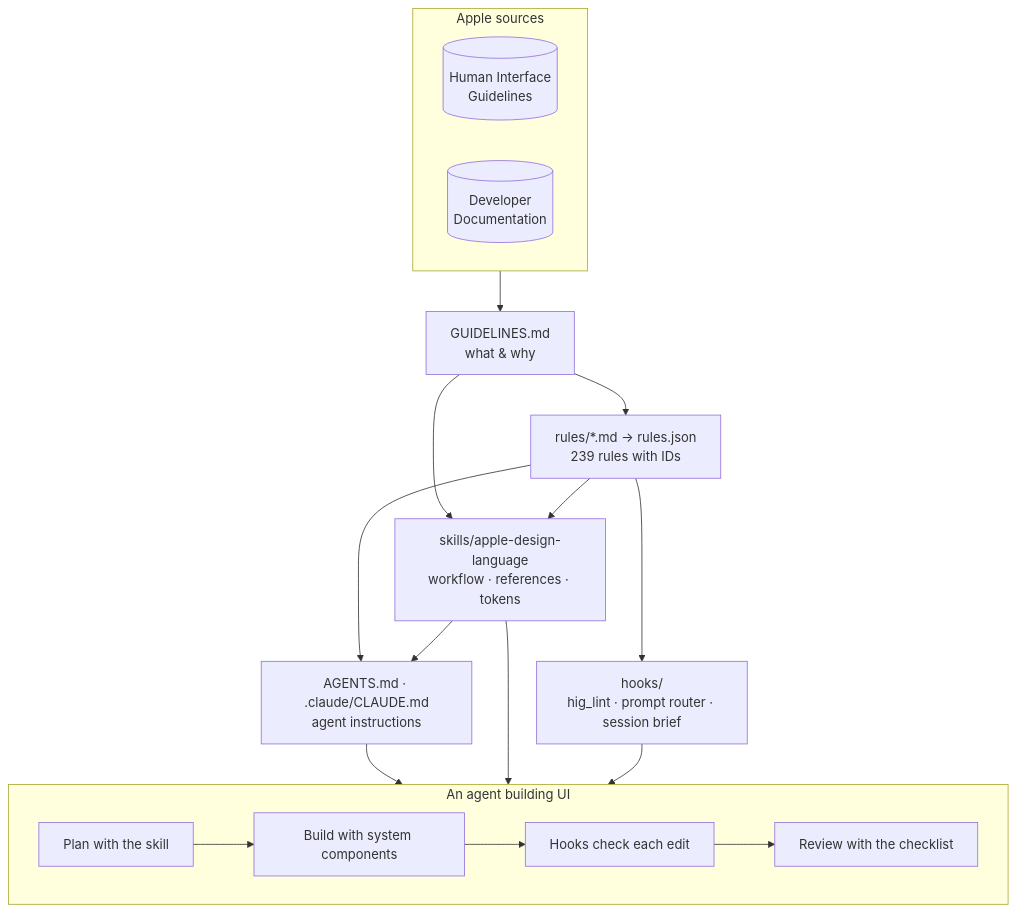
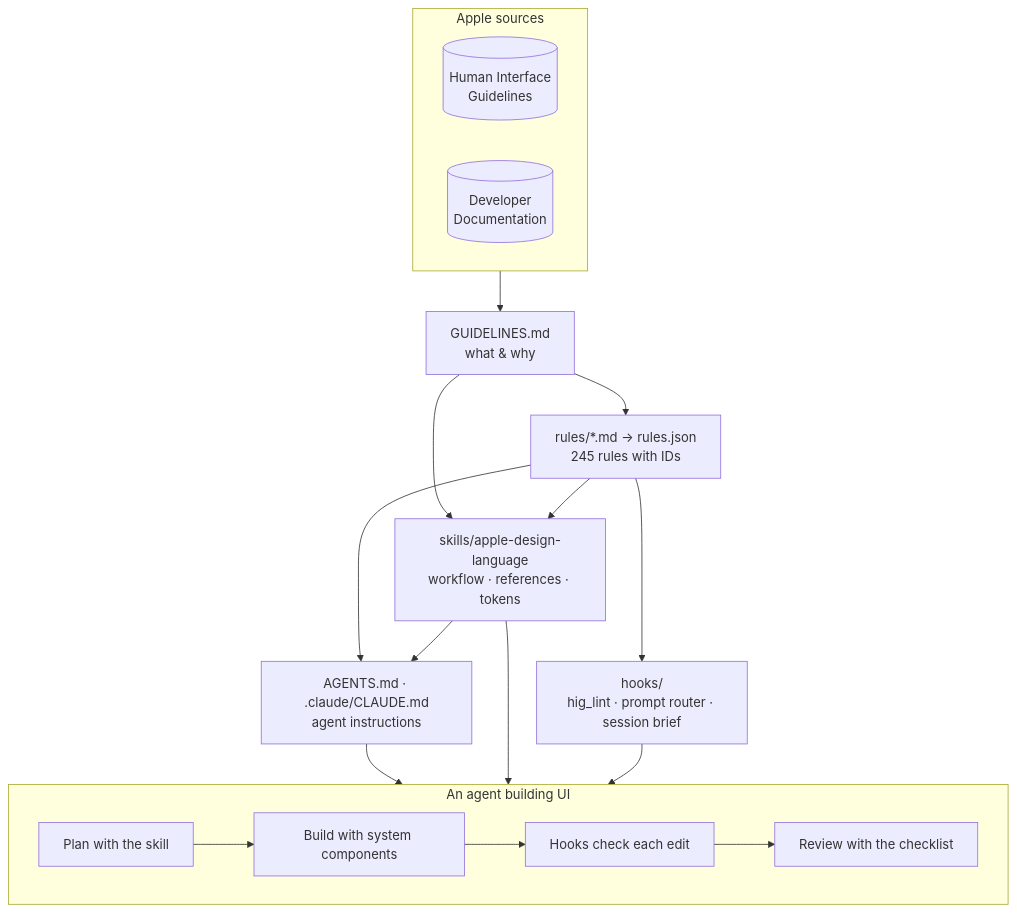
Before and after one commit to Agentic-ai-ui/eg4y: the diagram in README.md, drawn with Mermaid. The commit also changed other lines of this file and 37 other files, not shown here.

````diff
--- a/README.md
+++ b/README.md
@@ -65,21 +72,21 @@
 ```mermaid
 flowchart TB
     subgraph SRC["Apple sources"]
         HIG[(Human Interface<br/>Guidelines)]
         DOC[(Developer<br/>Documentation)]
     end
     SRC --> G["GUIDELINES.md<br/>what & why"]
-    G --> R["rules/*.md → rules.json<br/>239 rules with IDs"]
+    G --> R["rules/*.md → rules.json<br/>245 rules with IDs"]
     G --> S["skills/apple-design-language<br/>workflow · references · tokens"]
     R --> S
     R --> H["hooks/<br/>hig_lint · prompt router · session brief"]
     R --> A["AGENTS.md · .claude/CLAUDE.md<br/>agent instructions"]
     S --> A
     subgraph USE["An agent building UI"]
         direction LR
         P1[Plan with the skill] --> P2[Build with system components] --> P3[Hooks check each edit] --> P4[Review with the checklist]
     end
     A --> USE
     S --> USE
     H --> USE
 ```
````
